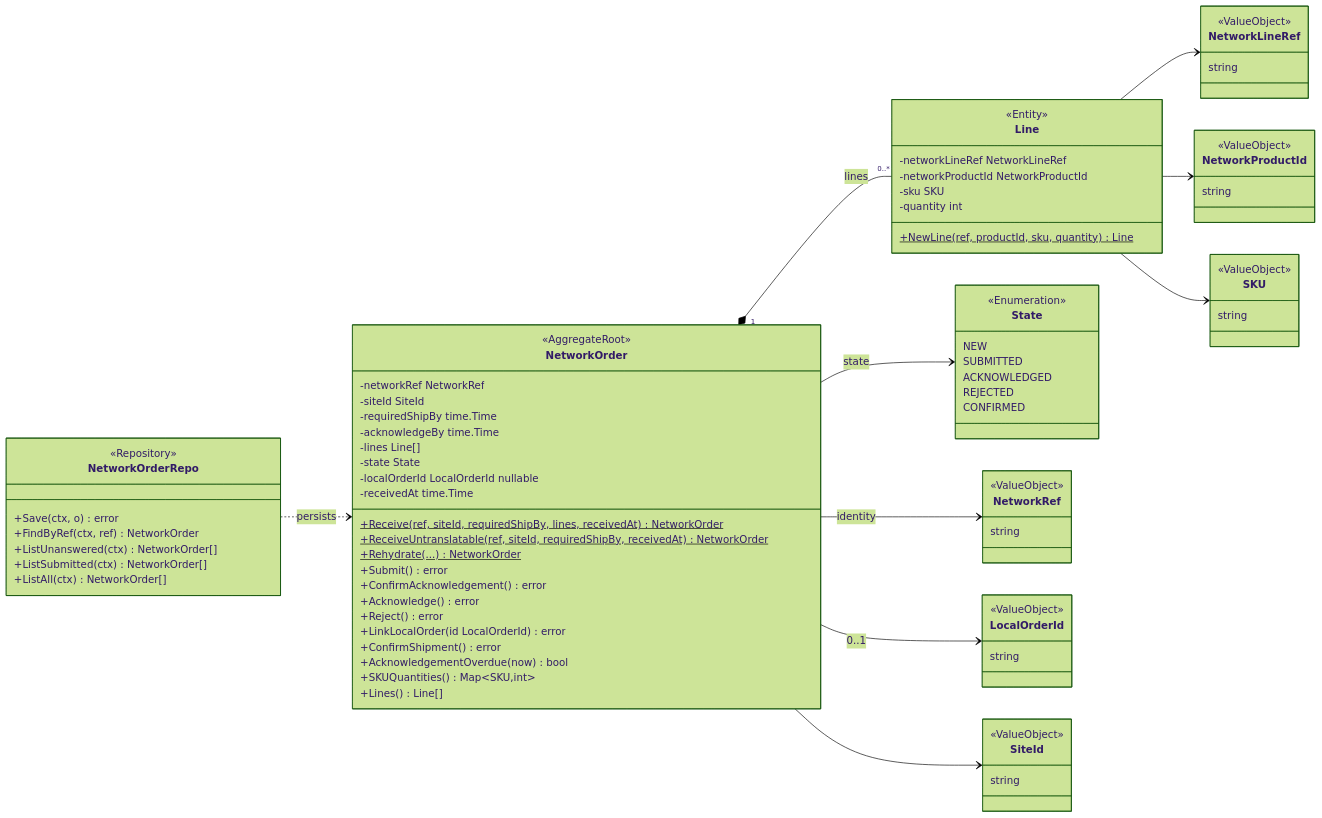
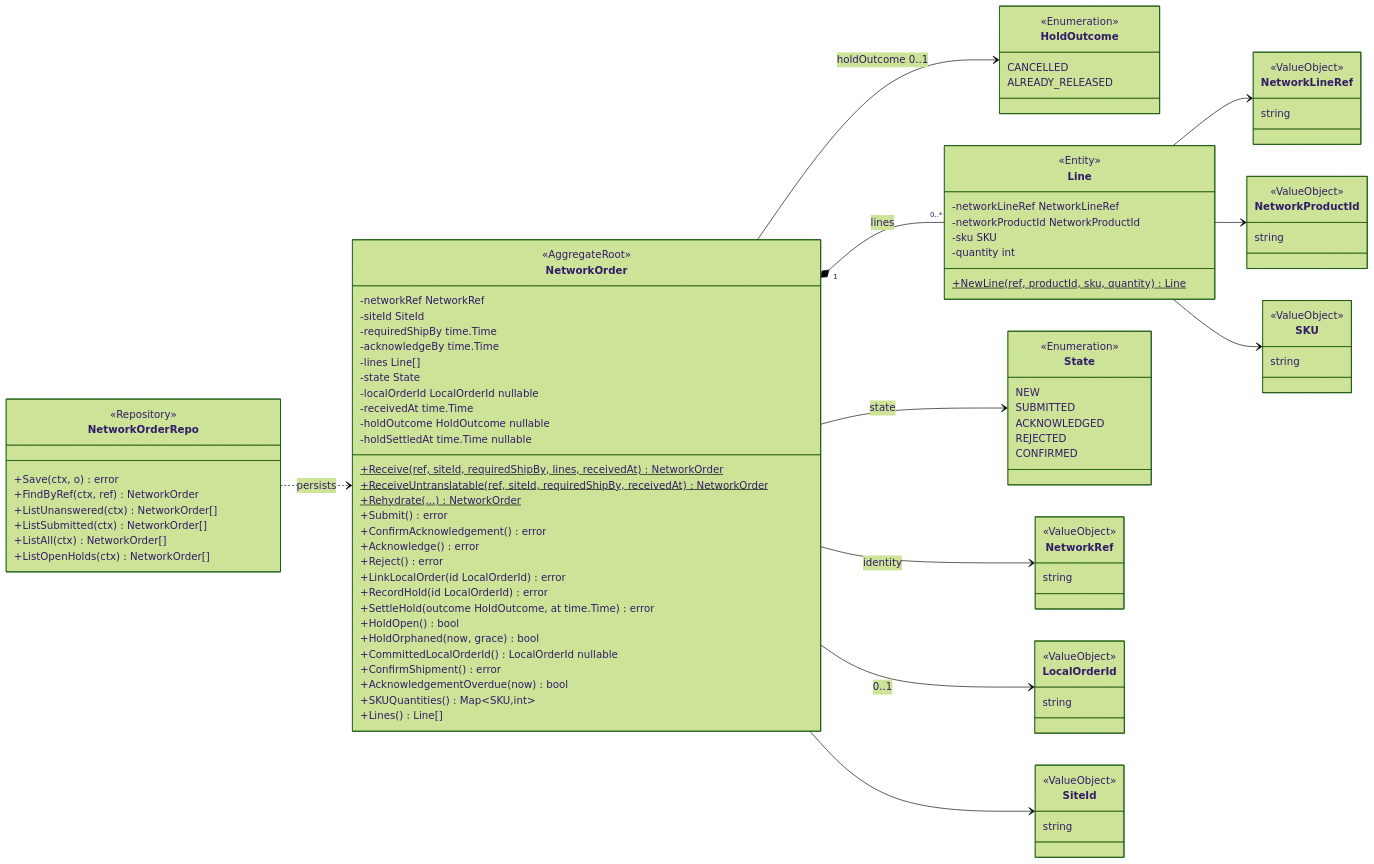
One commit to IQVO/warehouse-docs changed the first of 4 diagrams in docs/contexts/network-fulfillment/class-diagram.md. Above: the diagram before and after it, drawn with Mermaid (forest theme). The commit also changed other lines of this file and 53 other files, not shown here.

```diff
--- a/docs/contexts/network-fulfillment/class-diagram.md
+++ b/docs/contexts/network-fulfillment/class-diagram.md
@@ -31,6 +31,8 @@
         -state State
         -localOrderId LocalOrderId nullable
         -receivedAt time.Time
+        -holdOutcome HoldOutcome nullable
+        -holdSettledAt time.Time nullable
         +Receive(ref, siteId, requiredShipBy, lines, receivedAt)$ NetworkOrder
         +ReceiveUntranslatable(ref, siteId, requiredShipBy, receivedAt)$ NetworkOrder
         +Rehydrate(...)$ NetworkOrder
@@ -39,10 +41,20 @@
         +Acknowledge() error
         +Reject() error
         +LinkLocalOrder(id LocalOrderId) error
+        +RecordHold(id LocalOrderId) error
+        +SettleHold(outcome HoldOutcome, at time.Time) error
+        +HoldOpen() bool
+        +HoldOrphaned(now, grace) bool
+        +CommittedLocalOrderId() LocalOrderId nullable
         +ConfirmShipment() error
         +AcknowledgementOverdue(now) bool
         +SKUQuantities() Map~SKU,int~
         +Lines() Line[]
+    }
+    class HoldOutcome {
+        <<Enumeration>>
+        CANCELLED
+        ALREADY_RELEASED
     }
     class Line {
         <<Entity>>
@@ -91,10 +103,12 @@
         +ListUnanswered(ctx) NetworkOrder[]
         +ListSubmitted(ctx) NetworkOrder[]
         +ListAll(ctx) NetworkOrder[]
+        +ListOpenHolds(ctx) NetworkOrder[]
     }
 
     NetworkOrder "1" *-- "0..*" Line : lines
     NetworkOrder --> State : state
+    NetworkOrder --> HoldOutcome : holdOutcome 0..1
     NetworkOrder --> NetworkRef : identity
     NetworkOrder --> SiteId
     NetworkOrder --> LocalOrderId : 0..1
```
